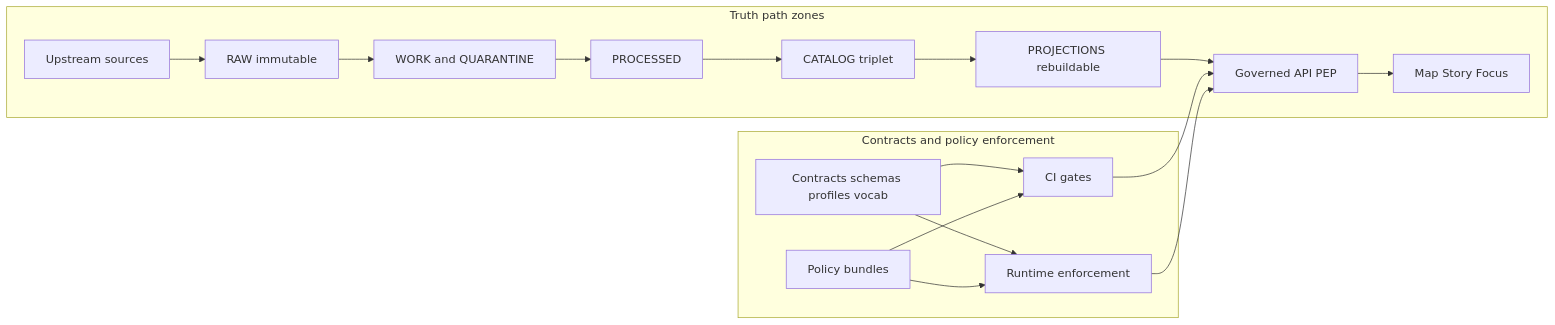
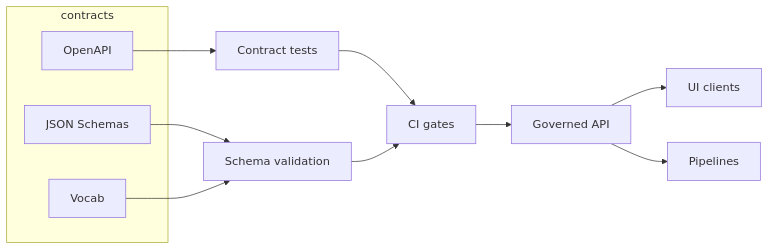
Before and after one commit to bartytime4life/Kansas-Frontier-Matrix: the diagram in contracts/README.md, drawn with Mermaid. The commit also changed other lines of this file, not shown here.

````diff
--- a/contracts/README.md
+++ b/contracts/README.md
@@ -168,21 +73,19 @@
 ```mermaid
 flowchart LR
-  subgraph Z["Truth path zones"]
-    U[Upstream sources] --> R[RAW immutable]
-    R --> W[WORK and QUARANTINE]
-    W --> P[PROCESSED]
-    P --> C[CATALOG triplet]
-    C --> X[PROJECTIONS rebuildable]
-    X --> G[Governed API PEP]
-    G --> UI[Map Story Focus]
+  subgraph C[contracts]
+    OA[OpenAPI]
+    JS[JSON Schemas]
+    V[Vocab]
   end
 
-  subgraph K["Contracts and policy enforcement"]
-    CON[Contracts schemas profiles vocab] --> CI[CI gates]
-    CON --> RT[Runtime enforcement]
-    POL[Policy bundles] --> CI
-    POL --> RT
-    CI --> G
-    RT --> G
-  end
+  OA --> CT[Contract tests]
+  JS --> SV[Schema validation]
+  V --> SV
+
+  CT --> CI[CI gates]
+  SV --> CI
+
+  CI --> API[Governed API]
+  API --> UI[UI clients]
+  API --> Pipelines[Pipelines]
 ```
````
